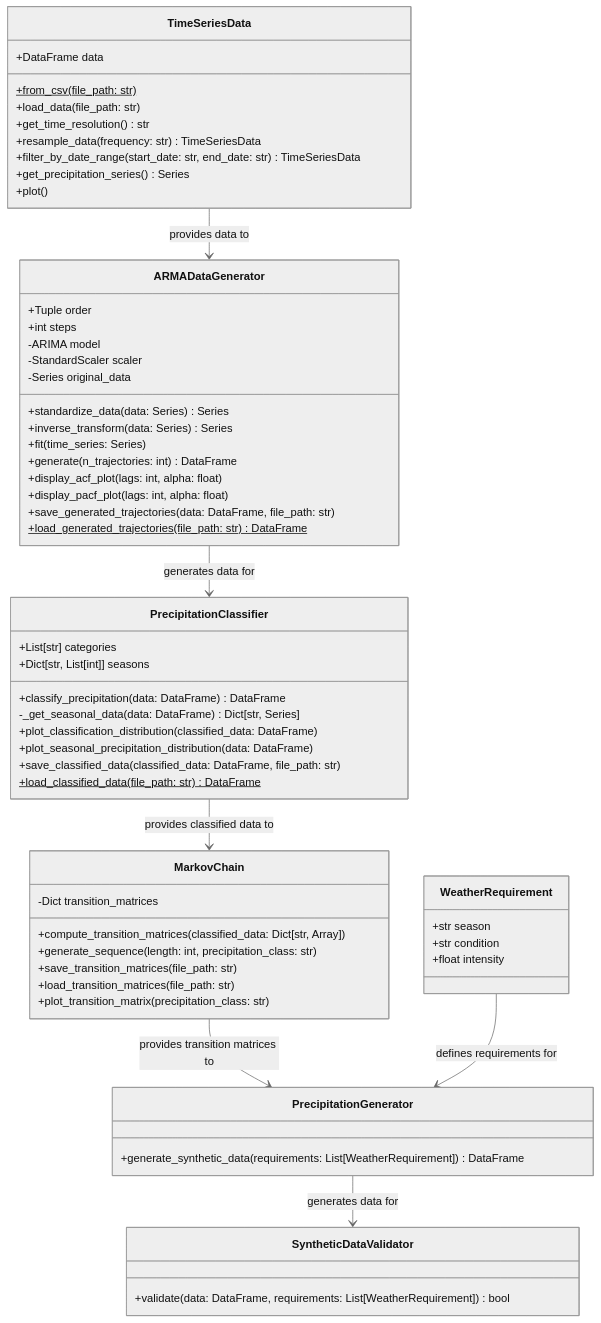
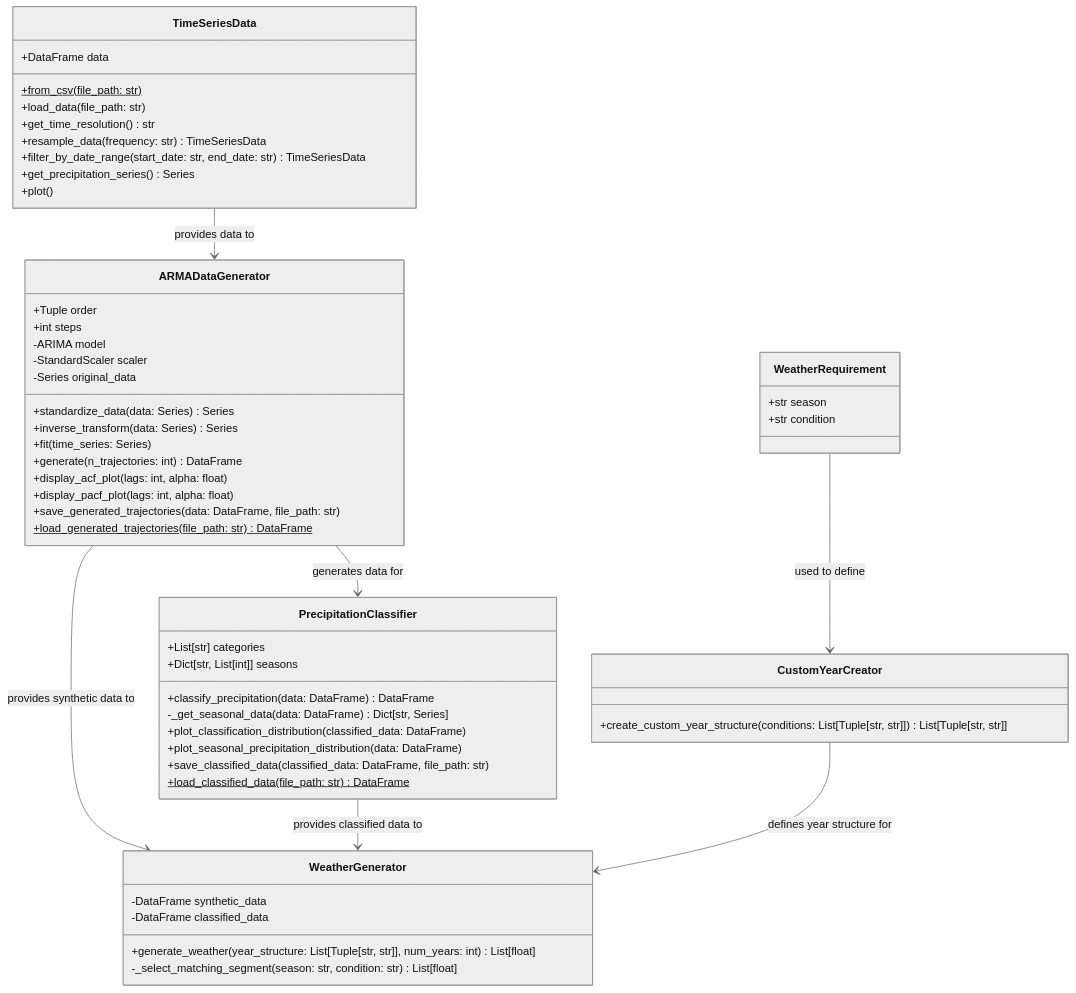
Before and after one commit to CooperBigFoot/precipitation-generator: the diagram in diagram.md, drawn with Mermaid (neutral theme).

Commit message:
update class diagram

````diff
--- a/diagram.md
+++ b/diagram.md
@@ -2,70 +2,63 @@
 ```mermaid
 classDiagram
     class TimeSeriesData {
         +DataFrame data
         +from_csv(file_path: str)$
         +load_data(file_path: str)
         +get_time_resolution() str
         +resample_data(frequency: str) TimeSeriesData
         +filter_by_date_range(start_date: str, end_date: str) TimeSeriesData
         +get_precipitation_series() Series
         +plot()
     }
 
     class ARMADataGenerator {
         +Tuple order
         +int steps
         -ARIMA model
         -StandardScaler scaler
         -Series original_data
         +standardize_data(data: Series) Series
         +inverse_transform(data: Series) Series
         +fit(time_series: Series)
         +generate(n_trajectories: int) DataFrame
         +display_acf_plot(lags: int, alpha: float)
         +display_pacf_plot(lags: int, alpha: float)
         +save_generated_trajectories(data: DataFrame, file_path: str)
         +load_generated_trajectories(file_path: str)$ DataFrame
     }
 
     class PrecipitationClassifier {
         +List[str] categories
         +Dict[str, List[int]] seasons
         +classify_precipitation(data: DataFrame) DataFrame
         -_get_seasonal_data(data: DataFrame) Dict[str, Series]
         +plot_classification_distribution(classified_data: DataFrame)
         +plot_seasonal_precipitation_distribution(data: DataFrame)
         +save_classified_data(classified_data: DataFrame, file_path: str)
         +load_classified_data(file_path: str)$ DataFrame
     }
 
-    class MarkovChain {
-        -Dict transition_matrices
-        +compute_transition_matrices(classified_data: Dict[str, Array])
-        +generate_sequence(length: int, precipitation_class: str)
-        +save_transition_matrices(file_path: str)
-        +load_transition_matrices(file_path: str)
-        +plot_transition_matrix(precipitation_class: str)
+    class CustomYearCreator {
+        +create_custom_year_structure(conditions: List[Tuple[str, str]]) List[Tuple[str, str]]
+    }
+
+    class WeatherGenerator {
+        -DataFrame synthetic_data
+        -DataFrame classified_data
+        +generate_weather(year_structure: List[Tuple[str, str]], num_years: int) List[float]
+        -_select_matching_segment(season: str, condition: str) List[float]
     }
 
     class WeatherRequirement {
         +str season
         +str condition
-        +float intensity
-    }
-
-    class SyntheticDataValidator {
-        +validate(data: DataFrame, requirements: List[WeatherRequirement]) bool
-    }
-
-    class PrecipitationGenerator {
-        +generate_synthetic_data(requirements: List[WeatherRequirement]) DataFrame
     }
 
     TimeSeriesData --> ARMADataGenerator: provides data to
     ARMADataGenerator --> PrecipitationClassifier: generates data for
-    PrecipitationClassifier --> MarkovChain: provides classified data to
-    MarkovChain --> PrecipitationGenerator: provides transition matrices to
-    WeatherRequirement --> PrecipitationGenerator: defines requirements for
-    PrecipitationGenerator --> SyntheticDataValidator: generates data for
+    ARMADataGenerator --> WeatherGenerator: provides synthetic data to
+    PrecipitationClassifier --> WeatherGenerator: provides classified data to
+    CustomYearCreator --> WeatherGenerator: defines year structure for
+    WeatherRequirement --> CustomYearCreator: used to define
 ```
````
